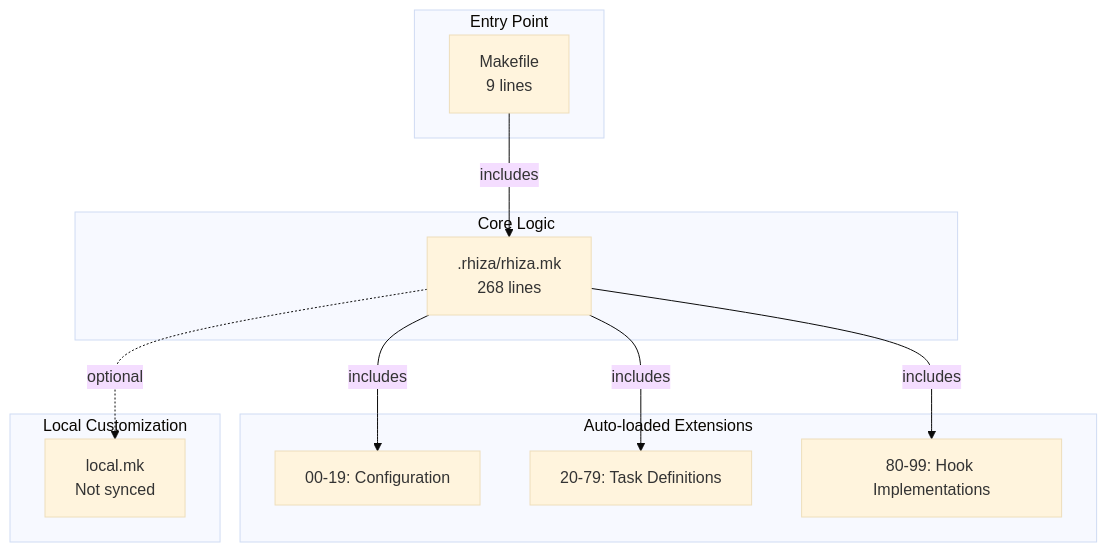
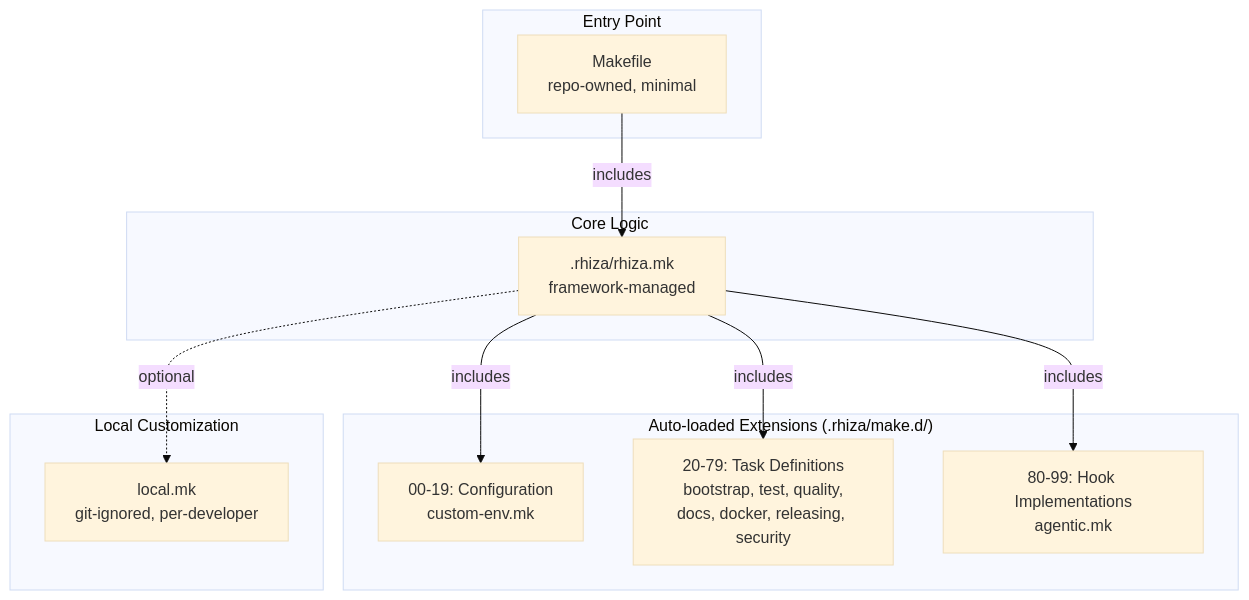
One commit to Jebel-Quant/rhiza-go changed the second of 7 diagrams in docs/ARCHITECTURE.md. Above: the diagram before and after it, drawn with Mermaid (base theme). The commit also changed other lines of this file, not shown here.

````diff
--- a/docs/ARCHITECTURE.md
+++ b/docs/ARCHITECTURE.md
@@ -48,26 +134,26 @@
 ```mermaid
 flowchart TD
     subgraph Entry["Entry Point"]
-        Makefile[Makefile<br/>9 lines]
+        Makefile[Makefile<br/>repo-owned, minimal]
     end
 
     subgraph Core["Core Logic"]
-        rhizamk[.rhiza/rhiza.mk<br/>268 lines]
+        rhizamk[.rhiza/rhiza.mk<br/>framework-managed]
     end
 
-    subgraph Extensions["Auto-loaded Extensions"]
-        config[00-19: Configuration]
-        tasks[20-79: Task Definitions]
-        hooks[80-99: Hook Implementations]
+    subgraph Extensions["Auto-loaded Extensions (.rhiza/make.d/)"]
+        config[00-19: Configuration<br/>custom-env.mk]
+        tasks[20-79: Task Definitions<br/>bootstrap, test, quality,<br/>docs, docker, releasing, security]
+        hooks[80-99: Hook Implementations<br/>agentic.mk]
     end
 
     subgraph Local["Local Customization"]
-        localmk[local.mk<br/>Not synced]
+        localmk[local.mk<br/>git-ignored, per-developer]
     end
 
     Makefile -->|includes| rhizamk
     rhizamk -->|includes| config
     rhizamk -->|includes| tasks
     rhizamk -->|includes| hooks
     rhizamk -.->|optional| localmk
 ```
````
